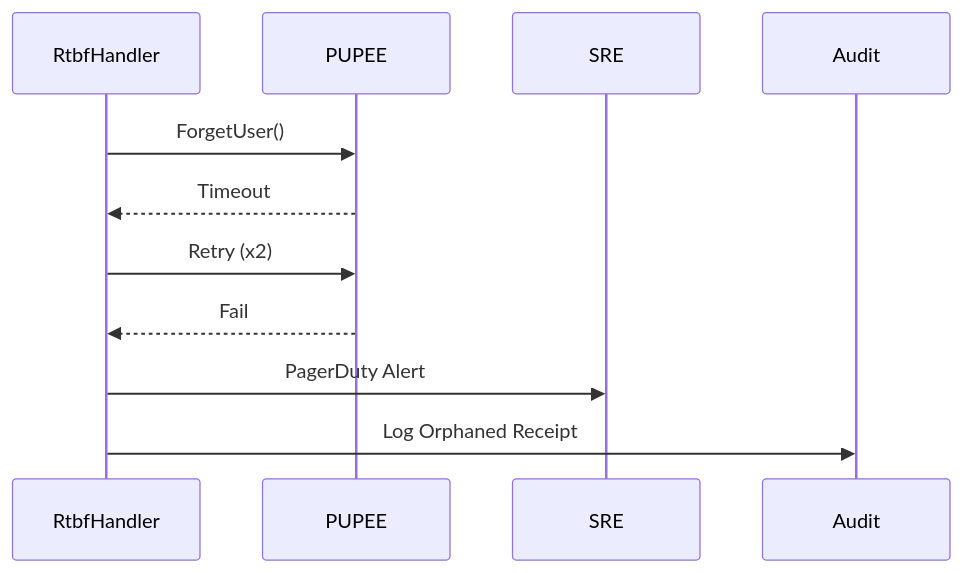
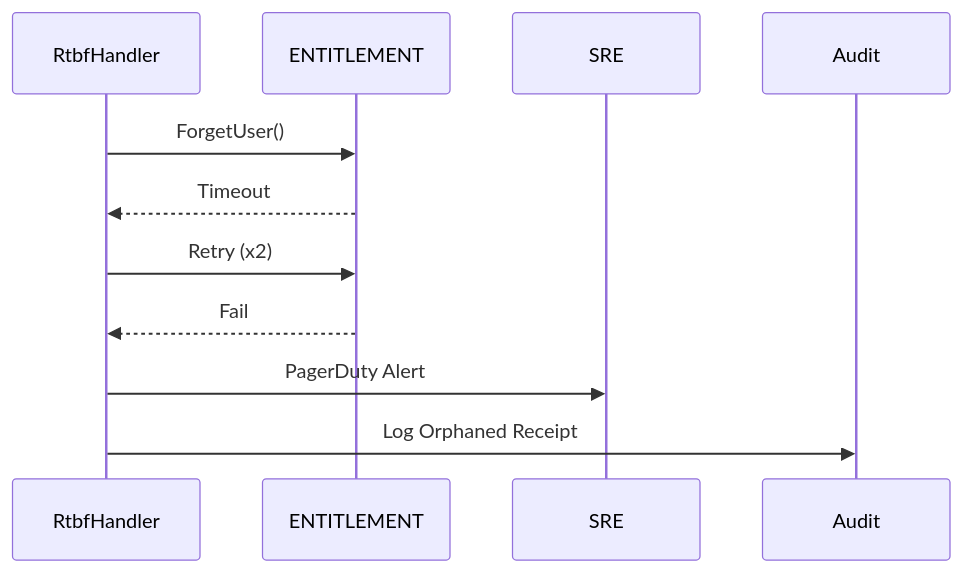
One commit to ahmedHanie93/Personal-projects changed the third of 3 diagrams in Design/designs/RTFB.md. Above: the diagram before and after it, drawn with Mermaid. The commit also changed other lines of this file and 2 other files, not shown here.

````diff
--- a/Design/designs/RTFB.md
+++ b/Design/designs/RTFB.md
@@ -280,9 +280,9 @@
 ```mermaid  
 sequenceDiagram
-    RtbfHandler ->> PUPEE: ForgetUser()
-    PUPEE -->> RtbfHandler: Timeout
-    RtbfHandler ->> PUPEE: Retry (x2)
-    PUPEE -->> RtbfHandler: Fail
+    RtbfHandler ->> ENTITLEMENT: ForgetUser()
+    ENTITLEMENT -->> RtbfHandler: Timeout
+    RtbfHandler ->> ENTITLEMENT: Retry (x2)
+    ENTITLEMENT -->> RtbfHandler: Fail
     RtbfHandler ->> SRE: PagerDuty Alert
     RtbfHandler ->> Audit: Log Orphaned Receipt  
 ```  
````
